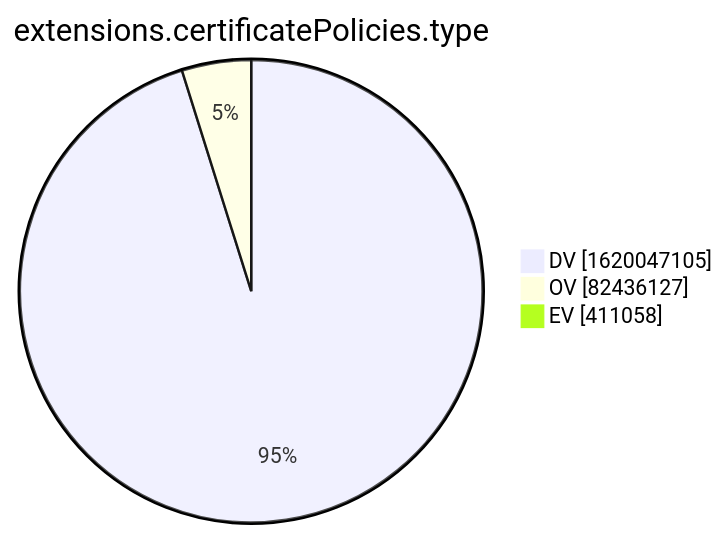
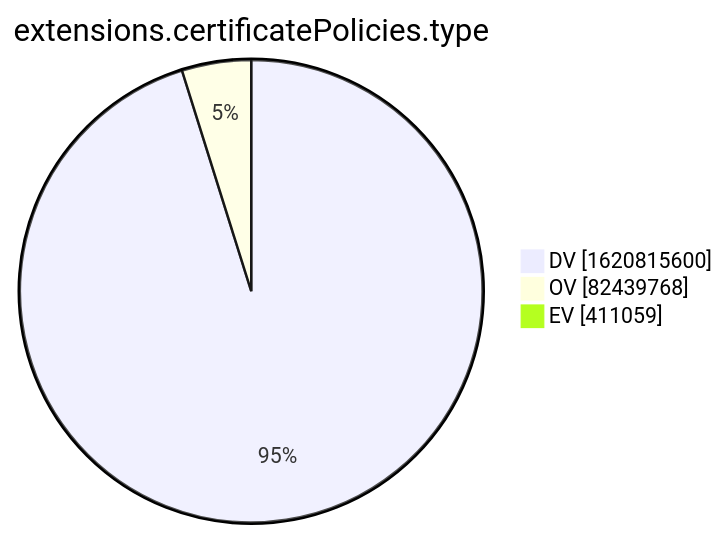
The tenth of 15 diagrams in xenon2022/README.md (christiankrug/ctmonitor_visualization), drawn with Mermaid before and after one commit. The commit also changed other lines of this file, not shown here.

````diff
--- a/xenon2022/README.md
+++ b/xenon2022/README.md
@@ -2878,7 +2878,7 @@
 ```mermaid
 pie showData
 title extensions.certificatePolicies.type
-"DV" :1620047105
-"OV" :82436127
-"EV" :411058
+"DV" :1620815600
+"OV" :82439768
+"EV" :411059
 ```
````
